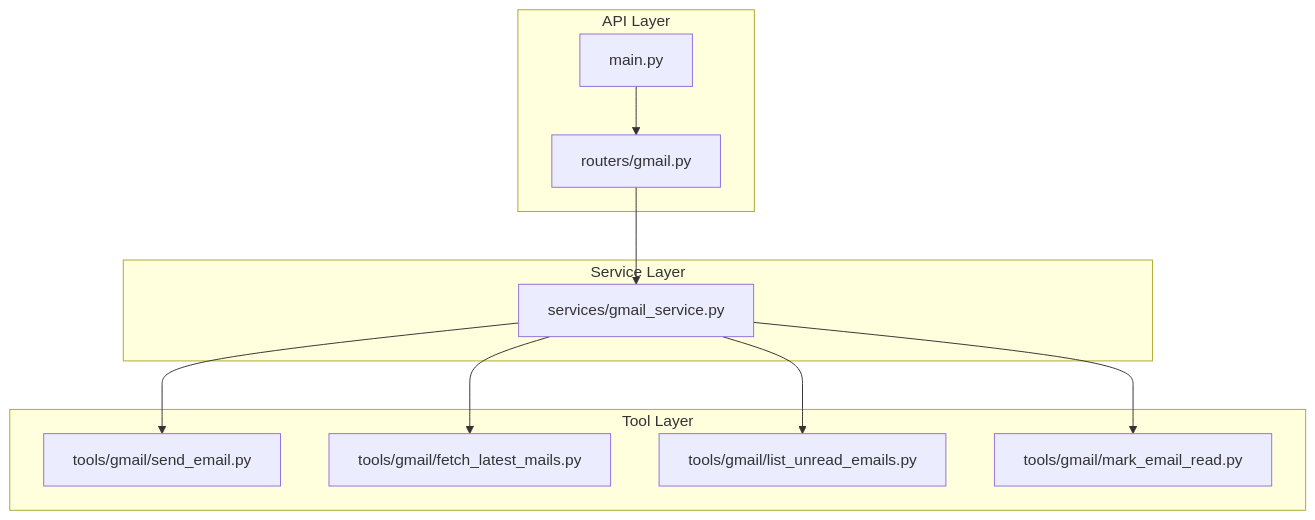
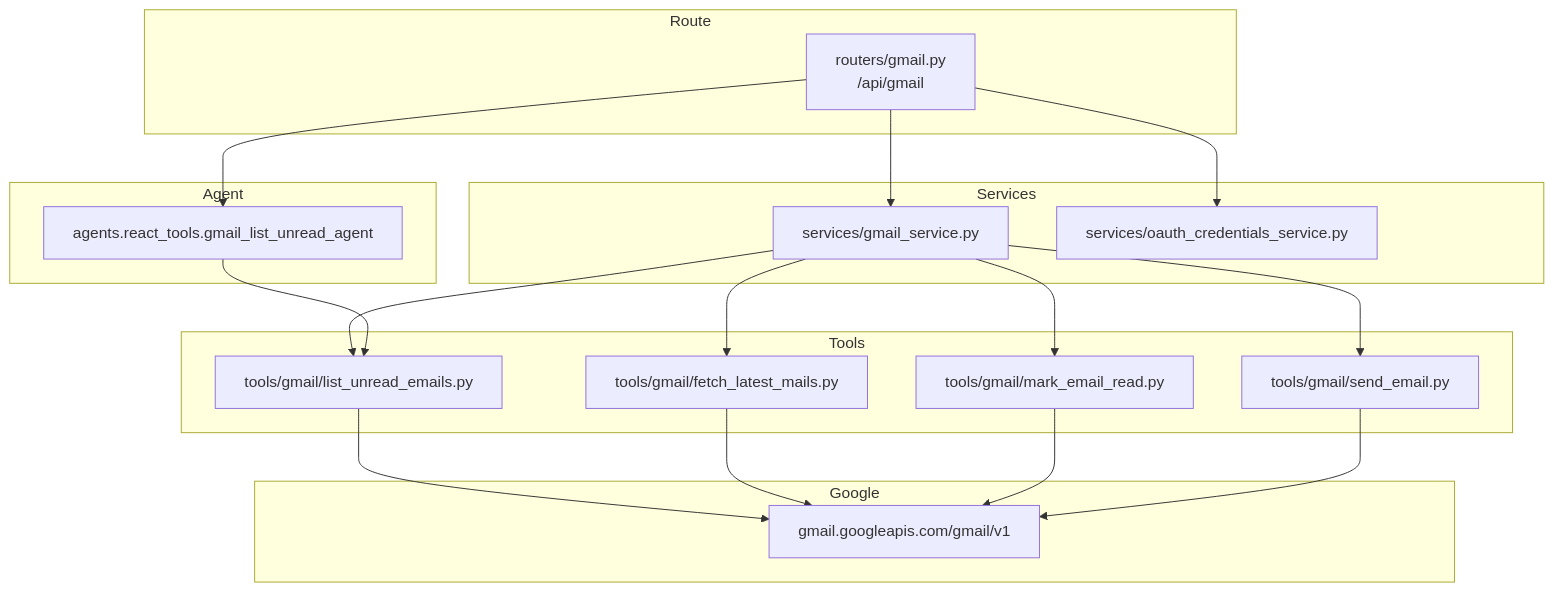
One commit to tashifkhan/tashif.codes changed the first of 5 diagrams in src/data/docs/agentic-browser/API Server/Gmail Integration API.md. Above: the diagram before and after it, drawn with Mermaid. The commit also changed other lines of this file and 114 other files, not shown here.

````diff
--- a/src/data/docs/agentic-browser/API Server/Gmail Integration API.md
+++ b/src/data/docs/agentic-browser/API Server/Gmail Integration API.md
@@ -13,22 +16,34 @@
 ```mermaid
 graph TB
-subgraph "API Layer"
-R["routers/gmail.py"]
-M["main.py"]
-end
-subgraph "Service Layer"
-S["services/gmail_service.py"]
-end
-subgraph "Tool Layer"
-T1["tools/gmail/send_email.py"]
-T2["tools/gmail/fetch_latest_mails.py"]
-T3["tools/gmail/list_unread_emails.py"]
-T4["tools/gmail/mark_email_read.py"]
-end
-M --> R
-R --> S
-S --> T1
-S --> T2
-S --> T3
-S --> T4
+  subgraph "Route"
+    GM["routers/gmail.py<br/>/api/gmail"]
+  end
+  subgraph "Services"
+    GMS["services/gmail_service.py"]
+    OC["services/oauth_credentials_service.py"]
+  end
+  subgraph "Agent"
+    GLA["agents.react_tools.gmail_list_unread_agent"]
+  end
+  subgraph "Tools"
+    LU["tools/gmail/list_unread_emails.py"]
+    FL["tools/gmail/fetch_latest_mails.py"]
+    MR["tools/gmail/mark_email_read.py"]
+    SE["tools/gmail/send_email.py"]
+  end
+  subgraph "Google"
+    API["gmail.googleapis.com/gmail/v1"]
+  end
+  GM --> GMS
+  GM --> GLA
+  GM --> OC
+  GMS --> LU
+  GMS --> FL
+  GMS --> MR
+  GMS --> SE
+  GLA --> LU
+  LU --> API
+  FL --> API
+  MR --> API
+  SE --> API
 ```
````
